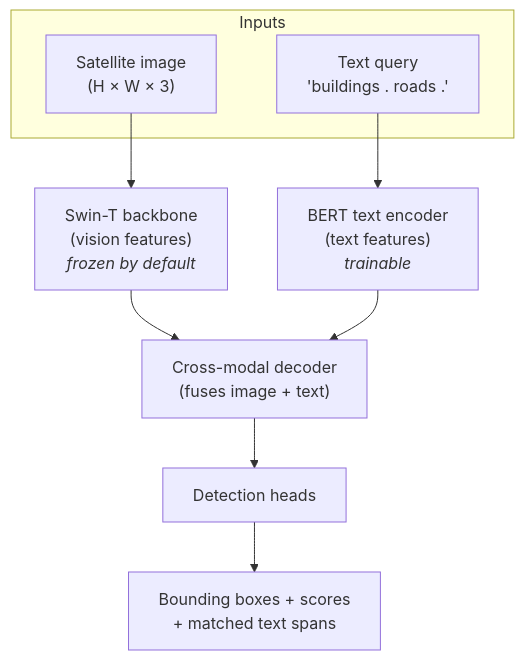
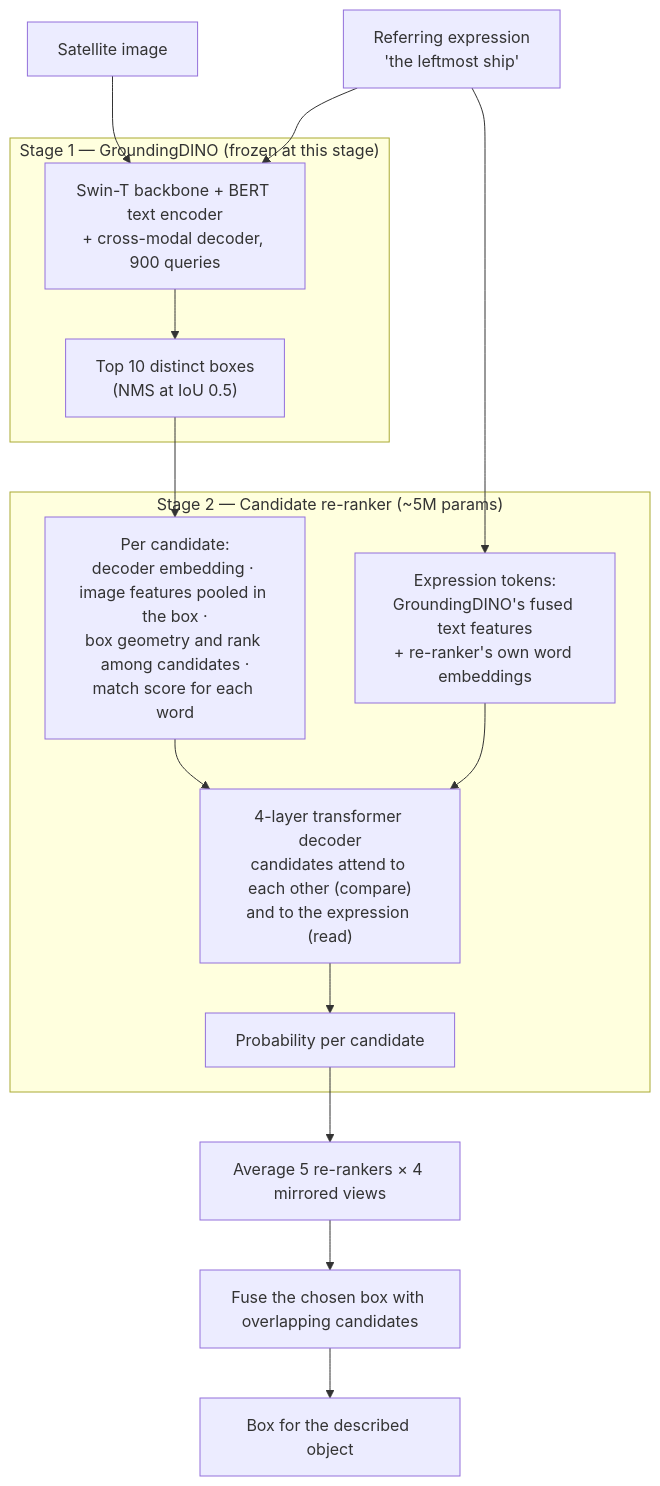
The first of 4 diagrams in docs/grounding-module-explained.md (divyptl/SIH-2026), drawn with Mermaid before and after one commit. The commit also changed other lines of this file and 8 other files, not shown here.

````diff
--- a/docs/grounding-module-explained.md
+++ b/docs/grounding-module-explained.md
@@ -13,16 +37,23 @@
 ```mermaid
 flowchart TB
-    subgraph Inputs
-        IMG["Satellite image<br/>(H × W × 3)"]
-        TXT["Text query<br/>'buildings . roads .'"]
+    IMG["Satellite image"] --> GD
+    TXT["Referring expression<br/>'the leftmost ship'"] --> GD
+
+    subgraph Stage1["Stage 1 — GroundingDINO (frozen at this stage)"]
+        GD["Swin-T backbone + BERT text encoder<br/>+ cross-modal decoder, 900 queries"]
+        GD --> NMS["Top 10 distinct boxes<br/>(NMS at IoU 0.5)"]
     end
 
-    IMG --> BACKBONE["Swin-T backbone<br/>(vision features)<br/><i>frozen by default</i>"]
-    TXT --> BERT["BERT text encoder<br/>(text features)<br/><i>trainable</i>"]
+    NMS --> FEAT["Per candidate:<br/>decoder embedding · image features pooled in the box ·<br/>box geometry and rank among candidates ·<br/>match score for each word"]
+    TXT --> WORDS["Expression tokens:<br/>GroundingDINO's fused text features<br/>+ re-ranker's own word embeddings"]
 
-    BACKBONE --> FUSION["Cross-modal decoder<br/>(fuses image + text)"]
-    BERT --> FUSION
+    subgraph Stage2["Stage 2 — Candidate re-ranker (~5M params)"]
+        FEAT --> DEC["4-layer transformer decoder<br/>candidates attend to each other (compare)<br/>and to the expression (read)"]
+        WORDS --> DEC
+        DEC --> SCORE["Probability per candidate"]
+    end
 
-    FUSION --> HEADS["Detection heads"]
-    HEADS --> OUT["Bounding boxes + scores<br/>+ matched text spans"]
+    SCORE --> ENS["Average 5 re-rankers × 4 mirrored views"]
+    ENS --> FUSE["Fuse the chosen box with overlapping candidates"]
+    FUSE --> OUT["Box for the described object"]
 ```
````
